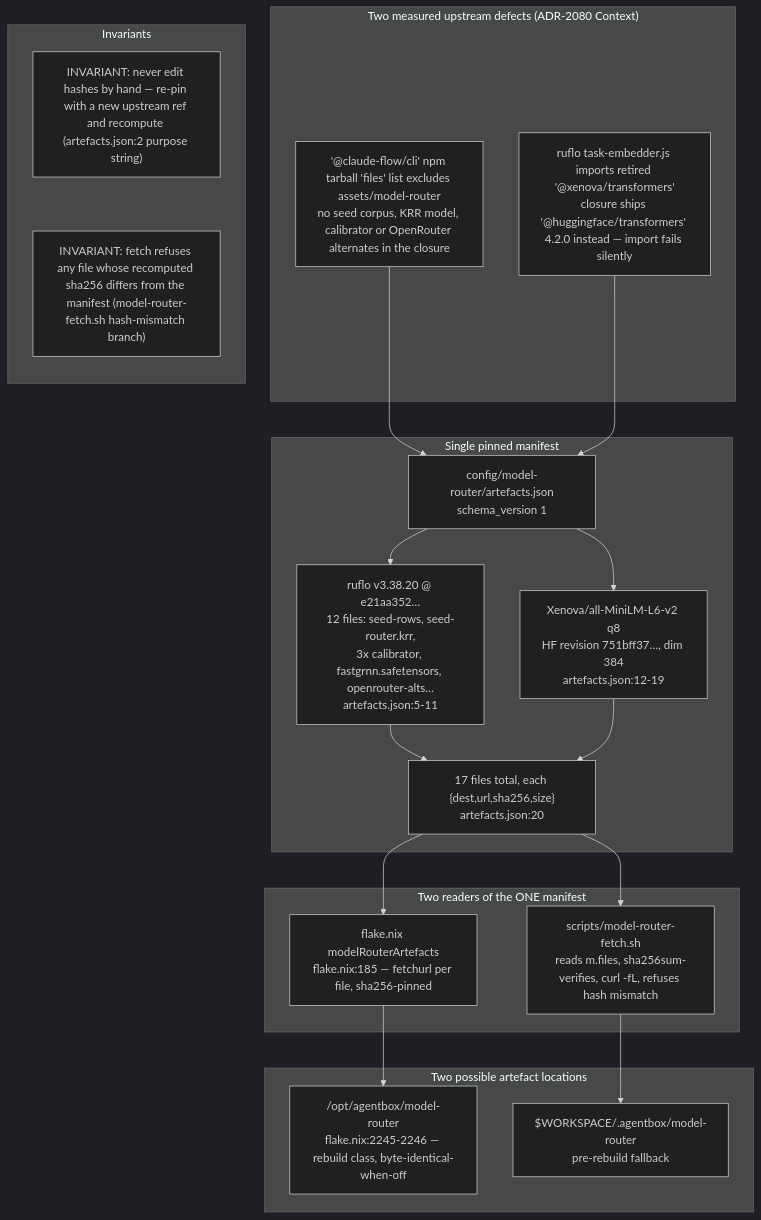
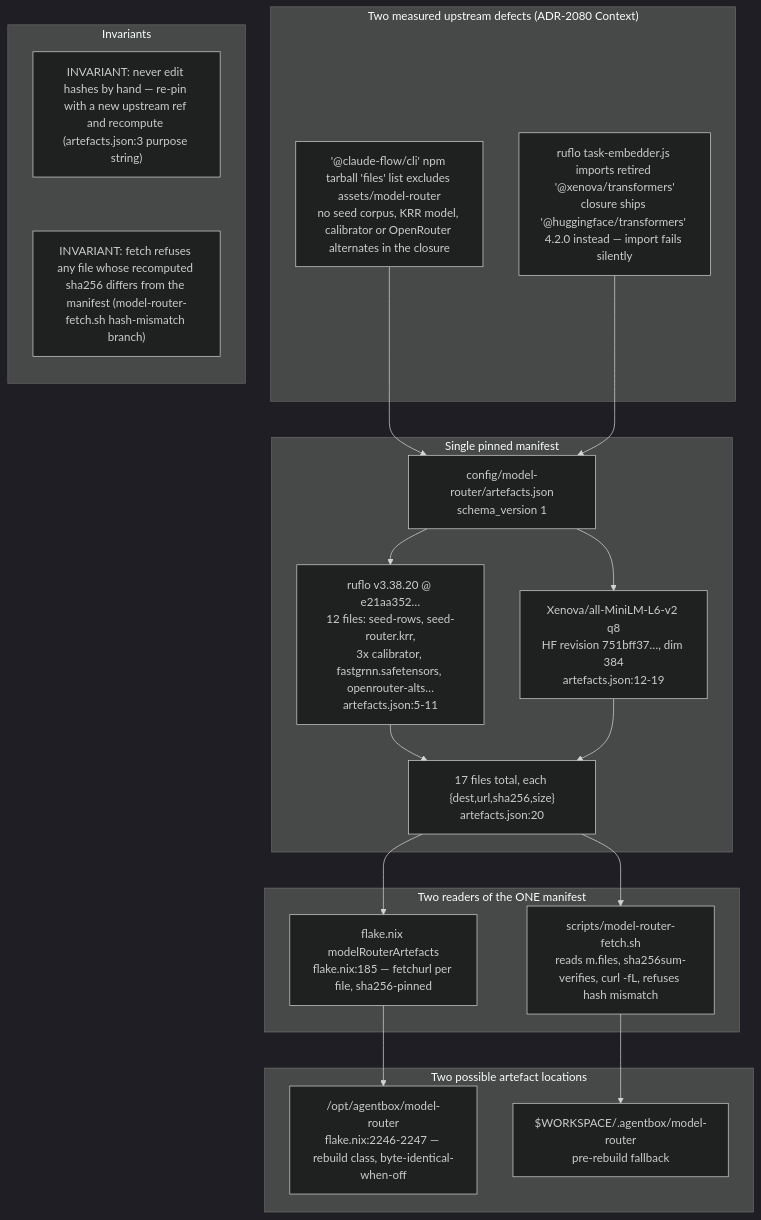
One commit to DreamLab-AI/VisionFlow changed the first of 9 diagrams in docs/diagrams/agentbox/29-metaharness-router-console.md. Above: the diagram before and after it, drawn with Mermaid (dark theme). The commit also changed other lines of this file and 173 other files, not shown here.

````diff
--- a/docs/diagrams/agentbox/29-metaharness-router-console.md
+++ b/docs/diagrams/agentbox/29-metaharness-router-console.md
@@ -33,33 +33,33 @@
 ```mermaid
 flowchart TB
     subgraph gap["Two measured upstream defects (ADR-2080 Context)"]
         T1["'@claude-flow/cli' npm tarball 'files' list excludes assets/model-router<br/>no seed corpus, KRR model, calibrator or OpenRouter alternates in the closure"]
         T2["ruflo task-embedder.js imports retired '@xenova/transformers'<br/>closure ships '@huggingface/transformers' 4.2.0 instead — import fails silently"]
     end
     subgraph manifest["Single pinned manifest"]
         ART["config/model-router/artefacts.json<br/>schema_version 1"]
         RUFLO["ruflo v3.38.20 @ e21aa352…<br/>12 files: seed-rows, seed-router.krr,<br/>3x calibrator, fastgrnn.safetensors, openrouter-alts…<br/>artefacts.json:5-11"]
         EMB["Xenova/all-MiniLM-L6-v2 q8<br/>HF revision 751bff37…, dim 384<br/>artefacts.json:12-19"]
         FILES["17 files total, each {dest,url,sha256,size}<br/>artefacts.json:20"]
     end
     subgraph readers["Two readers of the ONE manifest"]
         NIX["flake.nix modelRouterArtefacts<br/>flake.nix:185 — fetchurl per file, sha256-pinned"]
         FETCH["scripts/model-router-fetch.sh<br/>reads m.files, sha256sum-verifies, curl -fL, refuses hash mismatch"]
     end
     subgraph outputs["Two possible artefact locations"]
-        BAKED["/opt/agentbox/model-router<br/>flake.nix:2245-2246 — rebuild class, byte-identical-when-off"]
+        BAKED["/opt/agentbox/model-router<br/>flake.nix:2246-2247 — rebuild class, byte-identical-when-off"]
         FALLBACK["$WORKSPACE/.agentbox/model-router<br/>pre-rebuild fallback"]
     end
     T1 --> ART
     T2 --> ART
     ART --> RUFLO --> FILES
     ART --> EMB --> FILES
     FILES --> NIX --> BAKED
     FILES --> FETCH --> FALLBACK
     subgraph notes["Invariants"]
         direction TB
-        N1["INVARIANT: never edit hashes by hand — re-pin with a new upstream ref and recompute (artefacts.json:2 purpose string)"]
+        N1["INVARIANT: never edit hashes by hand — re-pin with a new upstream ref and recompute (artefacts.json:3 purpose string)"]
         N2["INVARIANT: fetch refuses any file whose recomputed sha256 differs from the manifest (model-router-fetch.sh hash-mismatch branch)"]
         N1 ~~~ N2
     end
 ```
````
